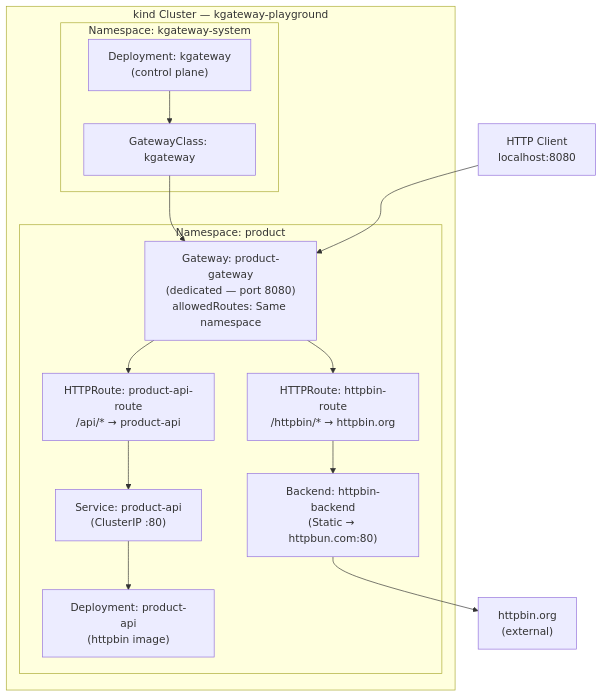
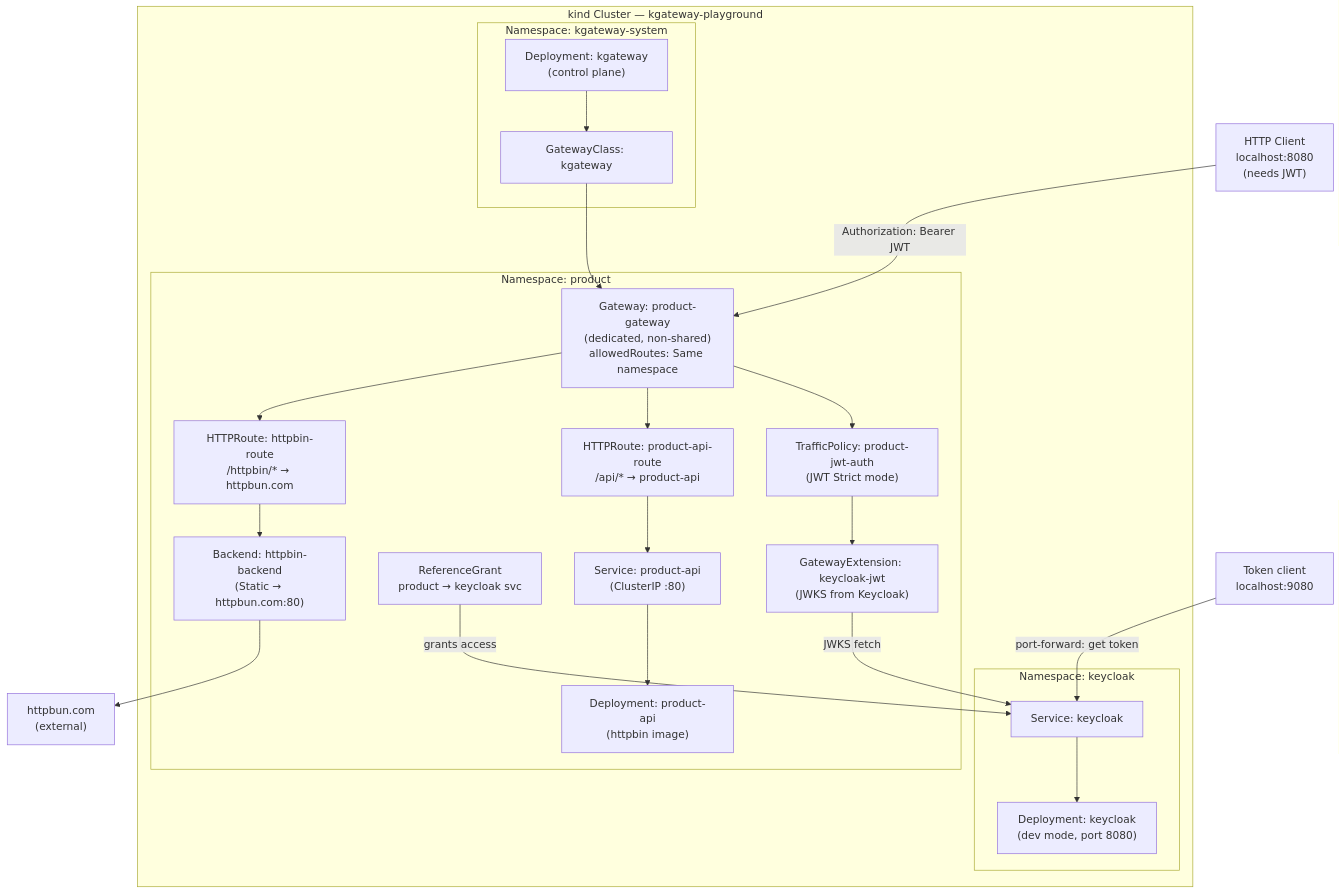
One commit to iron87/k-gateway-playground changed the diagram in docs/architecture.md. Above: the diagram before and after it, drawn with Mermaid. The commit also changed other lines of this file and 6 other files, not shown here.

Commit message:
Add Keycloak JWT authentication use case with deployment and testing scripts

````diff
--- a/docs/architecture.md
+++ b/docs/architecture.md
@@ -5,31 +5,46 @@
 ```mermaid
 graph TD
     subgraph kind["kind Cluster — kgateway-playground"]
         subgraph kgsys["Namespace: kgateway-system"]
             ctrl["Deployment: kgateway\n(control plane)"]
             gc["GatewayClass: kgateway"]
         end
 
+        subgraph keycloak_ns["Namespace: keycloak"]
+            kc["Deployment: keycloak\n(dev mode, port 8080)"]
+            kc_svc["Service: keycloak"]
+        end
+
         subgraph product["Namespace: product"]
-            gw["Gateway: product-gateway\n(dedicated — port 8080)\nallowedRoutes: Same namespace"]
+            gw["Gateway: product-gateway\n(dedicated, non-shared)\nallowedRoutes: Same namespace"]
+            tp["TrafficPolicy: product-jwt-auth\n(JWT Strict mode)"]
+            ge["GatewayExtension: keycloak-jwt\n(JWKS from Keycloak)"]
+            rg["ReferenceGrant\nproduct → keycloak svc"]
             r1["HTTPRoute: product-api-route\n/api/* → product-api"]
-            r2["HTTPRoute: httpbin-route\n/httpbin/* → httpbin.org"]
+            r2["HTTPRoute: httpbin-route\n/httpbin/* → httpbun.com"]
             svc1["Service: product-api\n(ClusterIP :80)"]
             dep1["Deployment: product-api\n(httpbin image)"]
             back1["Backend: httpbin-backend\n(Static → httpbun.com:80)"]
         end
     end
 
-    internet["httpbin.org\n(external)"]
-    client["HTTP Client\nlocalhost:8080"]
+    internet["httpbun.com\n(external)"]
+    client["HTTP Client\nlocalhost:8080\n(needs JWT)"]
+    kc_client["Token client\nlocalhost:9080"]
 
     ctrl --> gc
     gc --> gw
+    gw --> tp
+    tp --> ge
+    ge -->|JWKS fetch| kc_svc
+    kc_svc --> kc
+    rg -->|grants access| kc_svc
     gw --> r1
     gw --> r2
     r1 --> svc1
     svc1 --> dep1
     r2 --> back1
     back1 --> internet
-    client --> gw
+    client -->|Authorization: Bearer JWT| gw
+    kc_client -->|port-forward: get token| kc_svc
 ```
````
